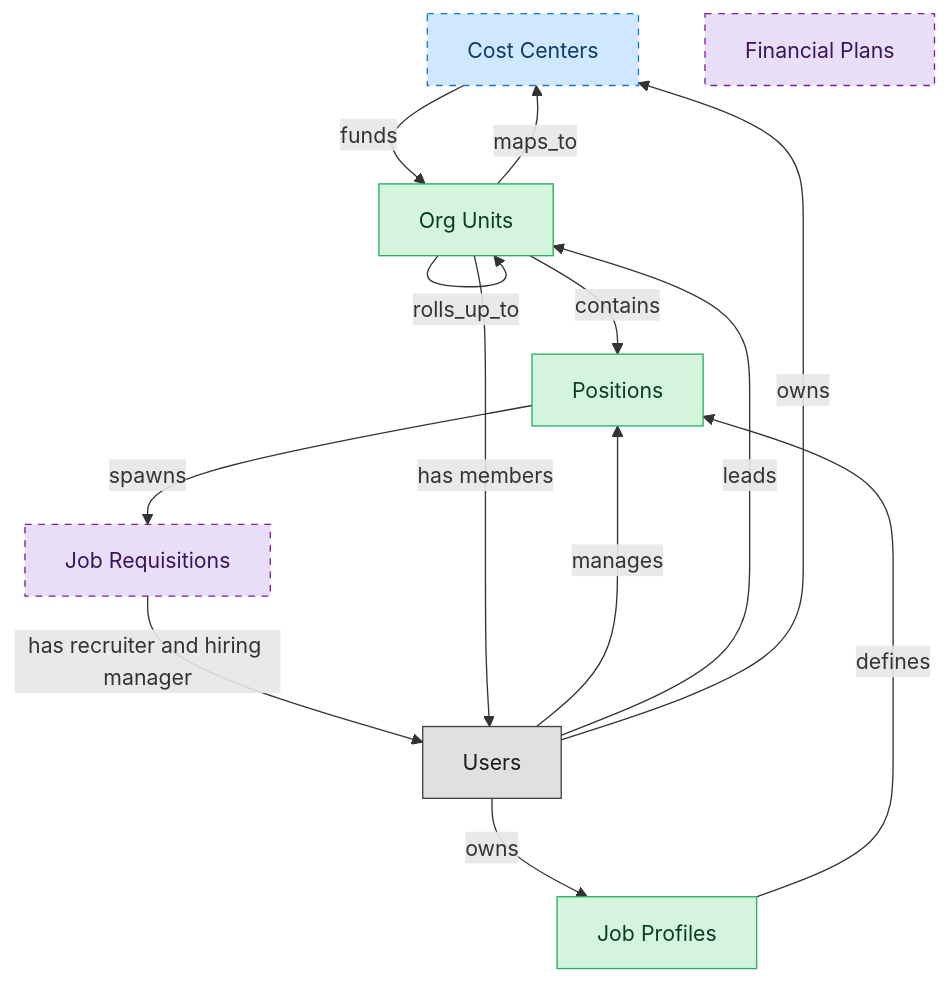
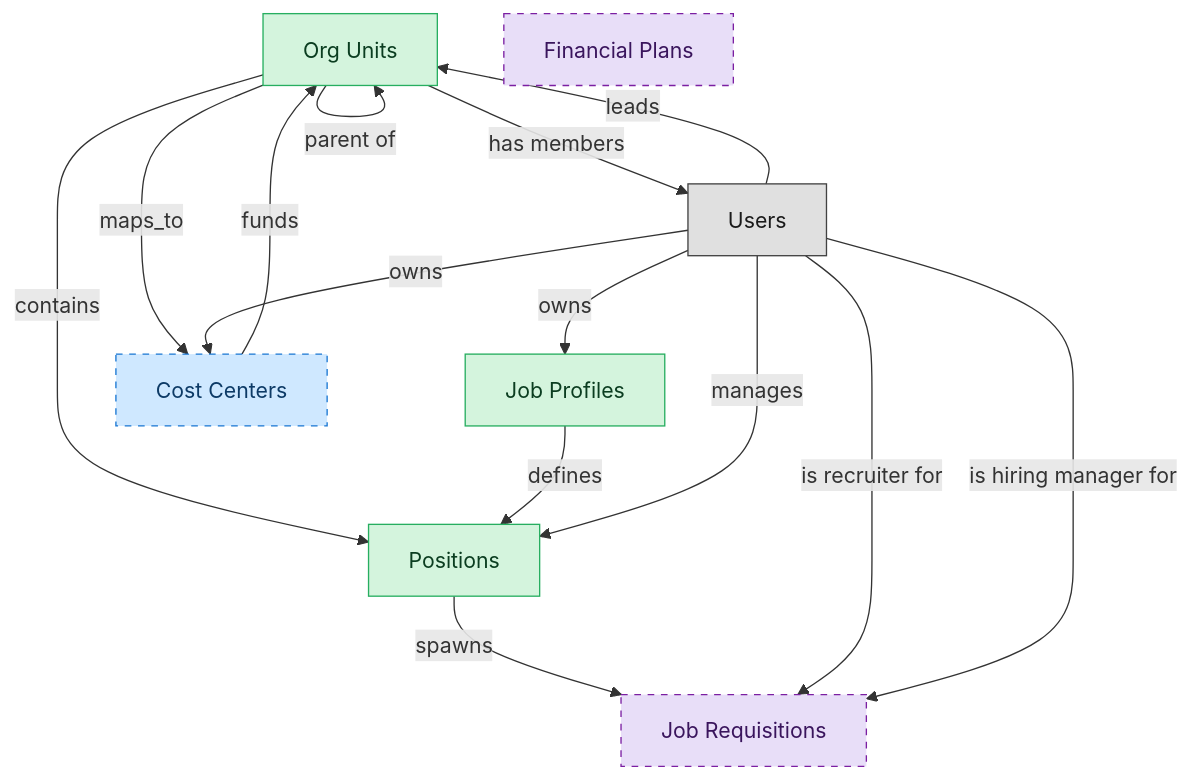
Before and after one commit to IntranetFactory/domain-map: the diagram in catalog/blueprints/hcm-org-positions-semantic-blueprint.md, drawn with Mermaid. The commit also changed other lines of this file and 122 other files, not shown here.

````diff
--- a/catalog/blueprints/hcm-org-positions-semantic-blueprint.md
+++ b/catalog/blueprints/hcm-org-positions-semantic-blueprint.md
@@ -38,36 +39,37 @@
 ```mermaid
 flowchart TD
   classDef master fill:#d4f4dd,stroke:#27ae60,color:#0b3d20;
   classDef contributor fill:#cfe8ff,stroke:#1976d2,color:#0d3a66;
   classDef consumer fill:#e8def8,stroke:#7b1fa2,color:#3a155d;
   classDef platform_builtin fill:#e0e0e0,stroke:#424242,color:#1a1a1a;
-  cost_centers["Cost Centers"]
   job_requisitions["Job Requisitions"]
   hcm_positions["Positions"]
   job_profiles["Job Profiles"]
   org_units["Org Units"]
   financial_plans["Financial Plans"]
+  cost_centers["Cost Centers"]
   users["Users"]
   org_units -->|"contains"| hcm_positions
   job_profiles -->|"defines"| hcm_positions
   cost_centers -->|"funds"| org_units
   hcm_positions -->|"spawns"| job_requisitions
   org_units -->|"maps_to"| cost_centers
-  org_units -->|"rolls_up_to"| org_units
+  org_units -->|"parent of"| org_units
   users -->|"manages"| hcm_positions
   users -->|"leads"| org_units
   users -->|"owns"| job_profiles
   users -->|"owns"| cost_centers
-  job_requisitions -->|"has recruiter and hiring manager"| users
+  users -->|"is recruiter for"| job_requisitions
   org_units -->|"has members"| users
-  class cost_centers contributor;
+  users -->|"is hiring manager for"| job_requisitions
   class job_requisitions consumer;
   class hcm_positions master;
   class job_profiles master;
   class org_units master;
   class financial_plans consumer;
+  class cost_centers contributor;
   class users platform_builtin;
-  style cost_centers stroke-dasharray:5 5;
   style job_requisitions stroke-dasharray:5 5;
   style financial_plans stroke-dasharray:5 5;
+  style cost_centers stroke-dasharray:5 5;
 ```
````
